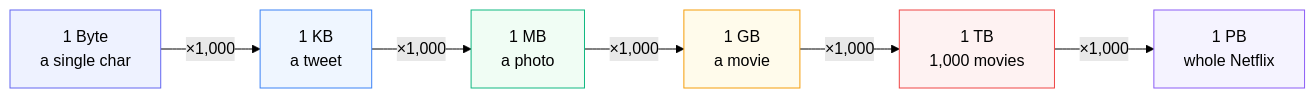
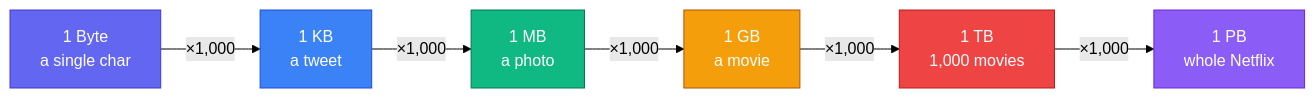
The first of 10 diagrams in content/posts/2026/back-of-the-envelope-estimation.md (devops-monk/system-design-blog), drawn with Mermaid (forest theme) before and after one commit. The commit also changed other lines of this file and 5 other files, not shown here.

````diff
--- a/content/posts/2026/back-of-the-envelope-estimation.md
+++ b/content/posts/2026/back-of-the-envelope-estimation.md
@@ -60,15 +74,15 @@
 ```mermaid
 graph LR
     B[1 Byte<br/>a single char] -->|×1,000| KB[1 KB<br/>a tweet]
     KB -->|×1,000| MB[1 MB<br/>a photo]
     MB -->|×1,000| GB[1 GB<br/>a movie]
     GB -->|×1,000| TB[1 TB<br/>1,000 movies]
     TB -->|×1,000| PB[1 PB<br/>whole Netflix]
 
-    style B fill:#EEF2FF,stroke:#6366F1
-    style KB fill:#EFF6FF,stroke:#3B82F6
-    style MB fill:#F0FDF4,stroke:#10B981
-    style GB fill:#FFFBEB,stroke:#F59E0B
-    style TB fill:#FEF2F2,stroke:#EF4444
-    style PB fill:#F5F3FF,stroke:#8B5CF6
+    style B fill:#6366F1,stroke:#4338CA,color:#fff
+    style KB fill:#3B82F6,stroke:#1D4ED8,color:#fff
+    style MB fill:#10B981,stroke:#047857,color:#fff
+    style GB fill:#F59E0B,stroke:#B45309,color:#fff
+    style TB fill:#EF4444,stroke:#B91C1C,color:#fff
+    style PB fill:#8B5CF6,stroke:#6D28D9,color:#fff
 ```
````
